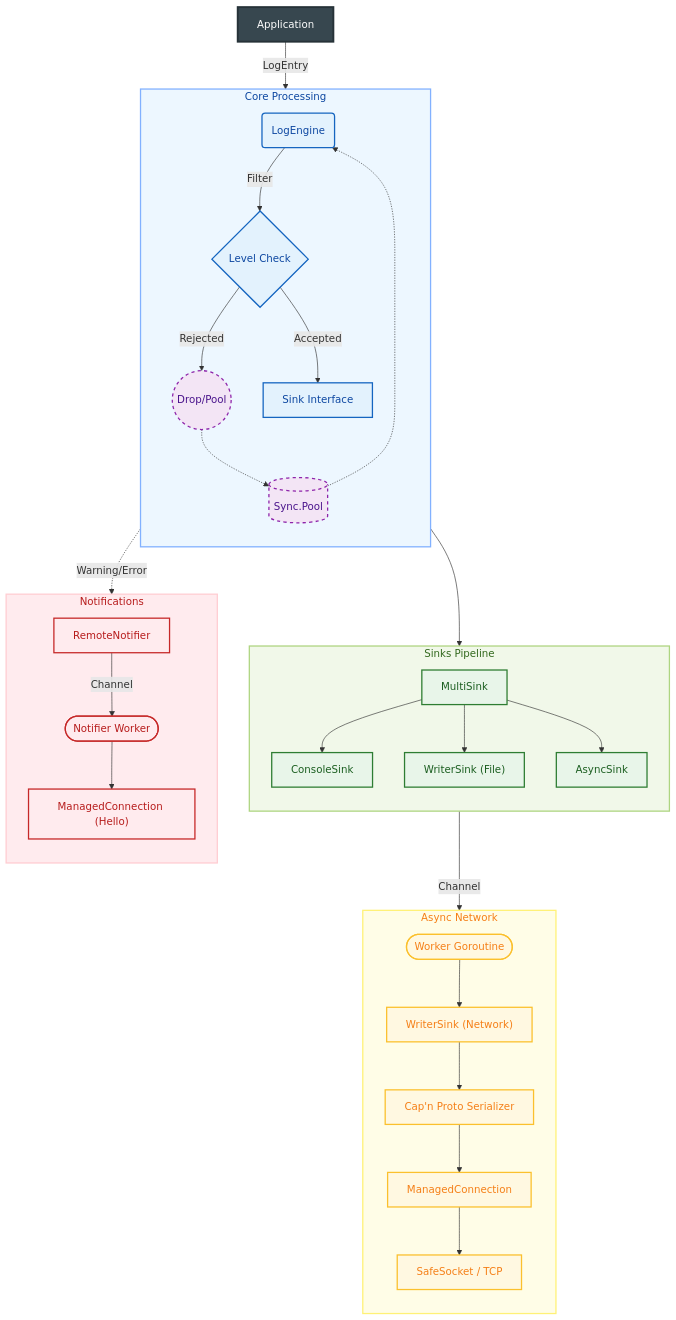
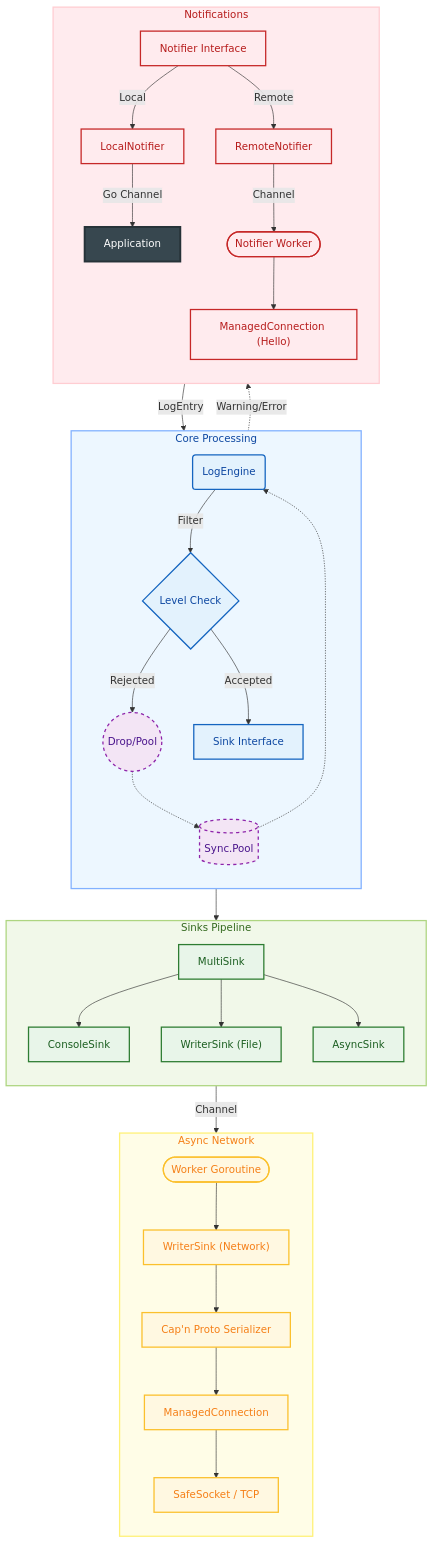
Before and after one commit to Bastien-Antigravity/flexible-logger: the diagram in ARCHITECTURE.md, drawn with Mermaid. The commit also changed other lines of this file and 1 other file, not shown here.

Commit message:
docs: add notif_logger profile and instantiation examples

````diff
--- a/ARCHITECTURE.md
+++ b/ARCHITECTURE.md
@@ -15,54 +15,57 @@
 ```mermaid
 flowchart TD
     %% Styles
     classDef core fill:#e3f2fd,stroke:#1565c0,stroke-width:2px,color:#0d47a1;
     classDef sink fill:#e8f5e9,stroke:#2e7d32,stroke-width:2px,color:#1b5e20;
     classDef net fill:#fff8e1,stroke:#fbc02d,stroke-width:2px,color:#f57f17;
     classDef alert fill:#ffebee,stroke:#c62828,stroke-width:2px,color:#b71c1c;
     classDef pool fill:#f3e5f5,stroke:#8e24aa,stroke-width:2px,stroke-dasharray: 5 5,color:#4a148c;
 
     %% Application Node Styling
     style App fill:#37474f,stroke:#263238,stroke-width:3px,color:#ffffff
 
     %% Nodes
     App[Application] -->|LogEntry| Engine(LogEngine):::core
     
     subgraph Core [Core Processing]
         direction TB
         Engine -->|Filter| Decision{Level Check}:::core
         Decision -- "Rejected" --> Drop((Drop/Pool)):::pool
         Decision -- "Accepted" --> Sinks[Sink Interface]:::core
         
         %% Pool Cycle
         Drop -.-> Pool[(Sync.Pool)]:::pool
         Pool -.-> Engine
     end
     style Core fill:#edf7ff,stroke:#82b1ff,stroke-width:2px,color:#0d47a1
     
     subgraph SinksPipe [Sinks Pipeline]
         direction TB
         Sinks --> Multi[MultiSink]:::sink
         Multi --> Console[ConsoleSink]:::sink
         Multi --> File["WriterSink (File)"]:::sink
         Multi --> Async[AsyncSink]:::sink
     end
     style SinksPipe fill:#f1f8e9,stroke:#aed581,stroke-width:2px,color:#33691e
     
     subgraph AsyncNet [Async Network]
         direction TB
         Async -- Channel --> Worker([Worker Goroutine]):::net
         Worker --> NetSink["WriterSink (Network)"]:::net
         NetSink --> Serializer["Cap'n Proto Serializer"]:::net
         Serializer --> ManagedConn[ManagedConnection]:::net
         ManagedConn --> Socket["SafeSocket / TCP"]:::net
     end
     style AsyncNet fill:#fffde7,stroke:#fff176,stroke-width:2px,color:#f57f17
     
     subgraph Notif [Notifications]
         direction TB
-        Engine -. "Warning/Error" .-> Notifier[RemoteNotifier]:::alert
-        Notifier -- Channel --> NotifWorker([Notifier Worker]):::alert
+        Engine -. "Warning/Error" .-> Notifier[Notifier Interface]:::alert
+        Notifier -- "Remote" --> Remote[RemoteNotifier]:::alert
+        Notifier -- "Local" --> Local[LocalNotifier]:::alert
+        Remote -- Channel --> NotifWorker([Notifier Worker]):::alert
         NotifWorker --> NotifConn["ManagedConnection (Hello)"]:::alert
+        Local -- "Go Channel" --> App
     end
     style Notif fill:#ffebee,stroke:#ffcdd2,stroke-width:2px,color:#b71c1c
 ```
````
